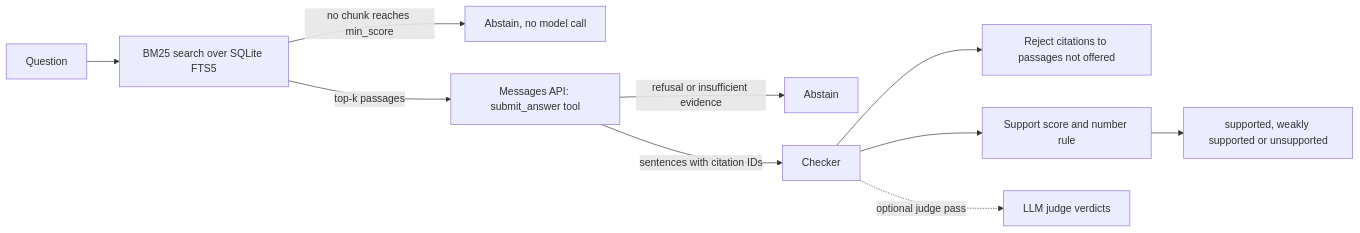
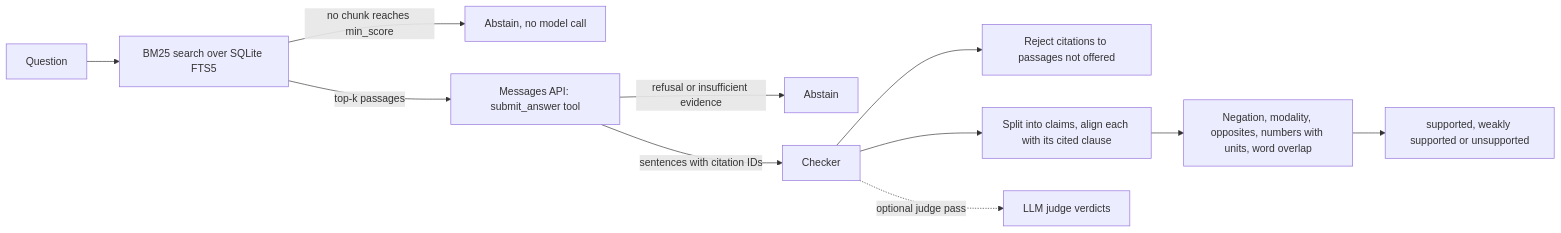
One commit to ult666666/citecheck changed the diagram in README.md. Above: the diagram before and after it, drawn with Mermaid. The commit also changed other lines of this file and 17 other files, not shown here.

````diff
--- a/README.md
+++ b/README.md
@@ -191,12 +200,13 @@
 ```mermaid
 flowchart LR
     Q["Question"] --> R["BM25 search over SQLite FTS5"]
     R -- "no chunk reaches min_score" --> A1["Abstain, no model call"]
     R -- "top-k passages" --> M["Messages API: submit_answer tool"]
     M -- "refusal or insufficient evidence" --> A2["Abstain"]
     M -- "sentences with citation IDs" --> V["Checker"]
     V --> C1["Reject citations to passages not offered"]
-    V --> C2["Support score and number rule"]
-    C2 --> L["supported, weakly supported or unsupported"]
+    V --> C2["Split into claims, align each with its cited clause"]
+    C2 --> C3["Negation, modality, opposites, numbers with units, word overlap"]
+    C3 --> L["supported, weakly supported or unsupported"]
     V -. "optional judge pass" .-> J["LLM judge verdicts"]
 ```
````
